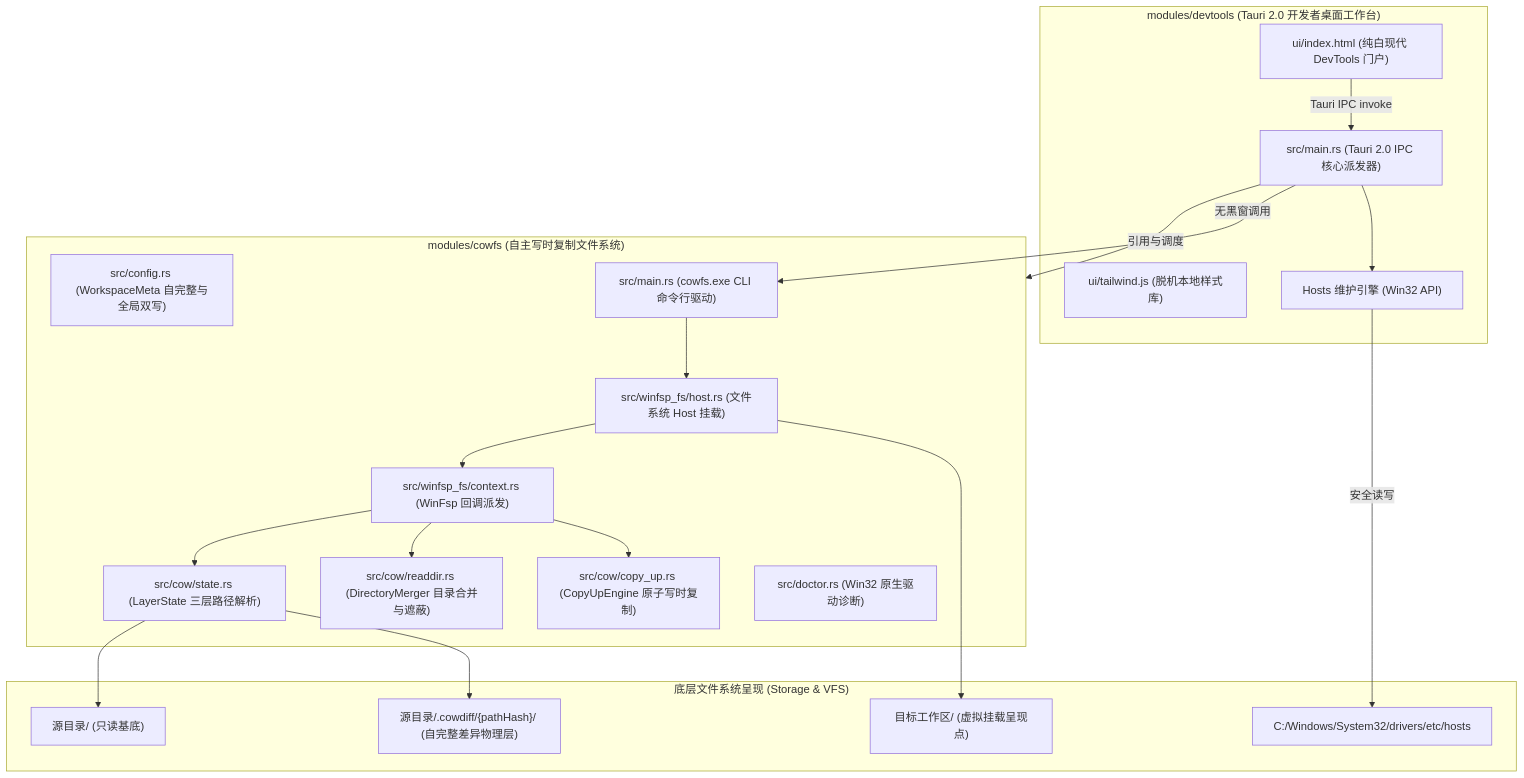
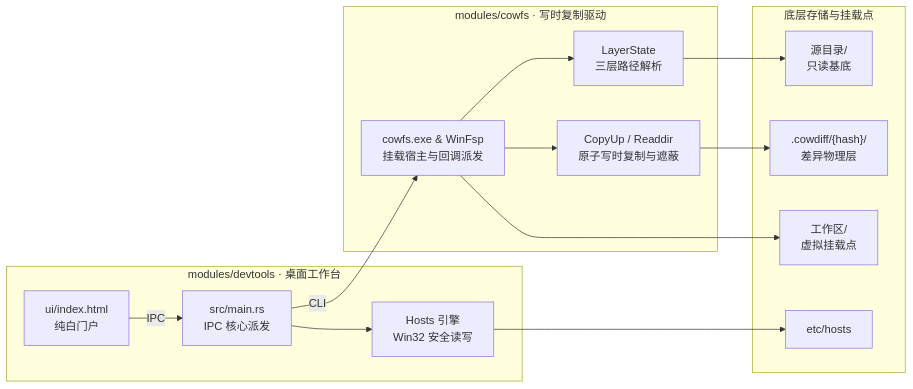
Before and after one commit to 007slm/a8-devtools: the diagram in AGENTS.md, drawn with Mermaid. The commit also changed other lines of this file and 30 other files, not shown here.

````diff
--- a/AGENTS.md
+++ b/AGENTS.md
@@ -10,41 +10,30 @@
 ```mermaid
-graph TD
-    subgraph DevTools["modules/devtools (Tauri 2.0 开发者桌面工作台)"]
-        HTML["ui/index.html (纯白现代 DevTools 门户)"]
-        TW["ui/tailwind.js (脱机本地样式库)"]
-        TauriCore["src/main.rs (Tauri 2.0 IPC 核心派发器)"]
-        ModHosts["Hosts 维护引擎 (Win32 API)"]
+flowchart LR
+    subgraph DevTools["modules/devtools · 桌面工作台"]
+        HTML["ui/index.html<br/>纯白门户"]
+        TauriCore["src/main.rs<br/>IPC 核心派发"]
+        ModHosts["Hosts 引擎<br/>Win32 安全读写"]
     end
 
-    subgraph CowFS["modules/cowfs (自主写时复制文件系统)"]
-        Config["src/config.rs (WorkspaceMeta 自完整与全局双写)"]
-        State["src/cow/state.rs (LayerState 三层路径解析)"]
-        Readdir["src/cow/readdir.rs (DirectoryMerger 目录合并与遮蔽)"]
-        CopyUp["src/cow/copy_up.rs (CopyUpEngine 原子写时复制)"]
-        Doctor["src/doctor.rs (Win32 原生驱动诊断)"]
-        WinFspContext["src/winfsp_fs/context.rs (WinFsp 回调派发)"]
-        WinFspHost["src/winfsp_fs/host.rs (文件系统 Host 挂载)"]
-        CowCLI["src/main.rs (cowfs.exe CLI 命令行驱动)"]
+    subgraph CowFS["modules/cowfs · 写时复制驱动"]
+        WinFsp["cowfs.exe & WinFsp<br/>挂载宿主与回调派发"]
+        State["LayerState<br/>三层路径解析"]
+        CopyUp["CopyUp / Readdir<br/>原子写时复制与遮蔽"]
     end
 
-    subgraph Physical["底层文件系统呈现 (Storage & VFS)"]
-        SourceRepo["源目录/ (只读基底)"]
-        CowDiff["源目录/.cowdiff/{pathHash}/ (自完整差异物理层)"]
-        MountPoint["目标工作区/ (虚拟挂载呈现点)"]
-        HostsFile["C:/Windows/System32/drivers/etc/hosts"]
+    subgraph Physical["底层存储与挂载点"]
+        SourceRepo["源目录/<br/>只读基底"]
+        CowDiff[".cowdiff/{hash}/<br/>差异物理层"]
+        MountPoint["工作区/<br/>虚拟挂载点"]
+        HostsFile["etc/hosts"]
     end
 
-    HTML -->|Tauri IPC invoke| TauriCore
-    TauriCore --> ModHosts
-    TauriCore -->|引用与调度| CowFS
-    TauriCore -->|无黑窗调用| CowCLI
-    ModHosts -->|安全读写| HostsFile
-    CowCLI --> WinFspHost
-    WinFspHost --> WinFspContext
-    WinFspContext --> CopyUp
-    WinFspContext --> Readdir
-    WinFspContext --> State
+    HTML -->|IPC| TauriCore
+    TauriCore --> ModHosts --> HostsFile
+    TauriCore -->|CLI| WinFsp
+    WinFsp --> State
+    WinFsp --> CopyUp
     State --> SourceRepo
-    State --> CowDiff
-    WinFspHost --> MountPoint
+    CopyUp --> CowDiff
+    WinFsp --> MountPoint
 ```
````
